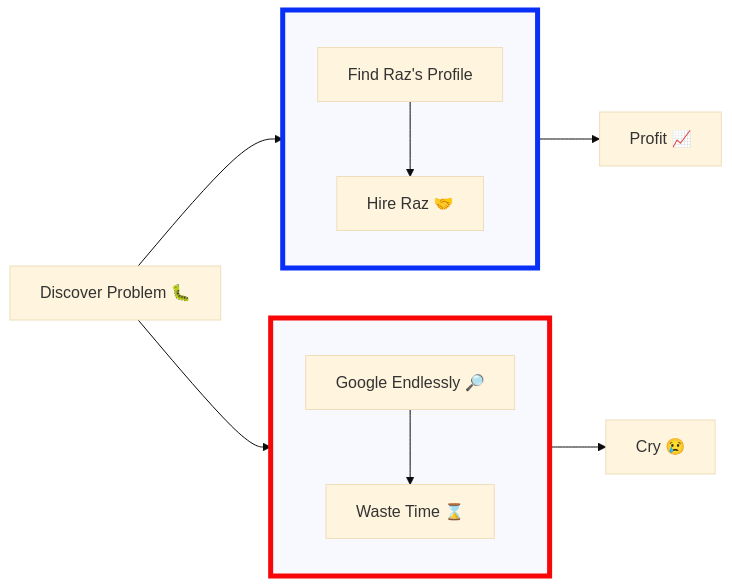
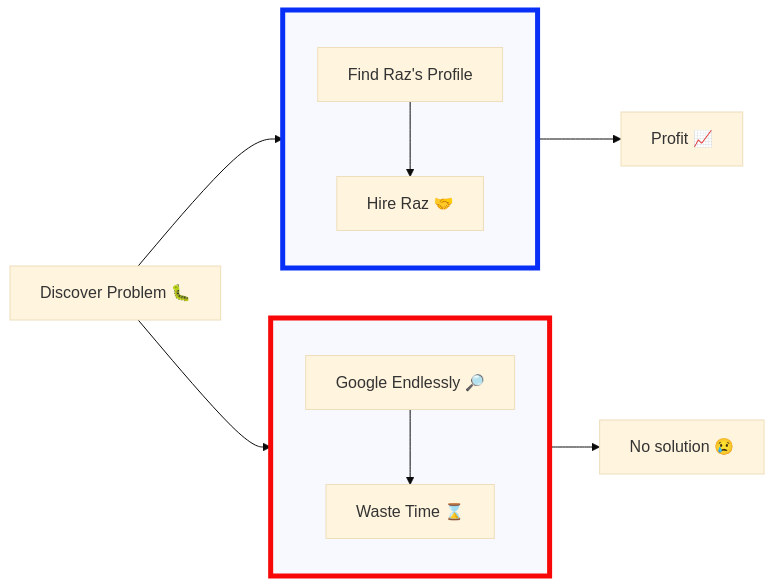
One commit to RazEini/RazEini changed the diagram in README.md. Above: the diagram before and after it, drawn with Mermaid (base theme).

````diff
--- a/README.md
+++ b/README.md
@@ -312,26 +312,26 @@
 ```mermaid
 flowchart LR
     direction LR
     subgraph 1[" "]
         direction TB
         top1[Find Raz's Profile] --> bottom1[Hire Raz 🤝]
     end
     subgraph 2[" "]
         direction TB
         top2[Google Endlessly 🔎] --> bottom2[Waste Time ⌛]
     end
 
     %% Link to subgraph1
     3[Discover Problem 🐛] --> 1
 
     %% Link within subgraph2
     3[Discover Problem 🐛] --> 2
 
     1 --> outside1["Profit" 📈]
-    2 --> outside2["Cry" 😢]
+    2 --> outside2["No solution" 😢]
 
     click top1 "https://github.com/RazEini" "GitHub Profile"
 
     style 1 stroke:#072ff7,stroke-width:5px
     style 2 stroke:#f70707,stroke-width:5px
 ```
````
